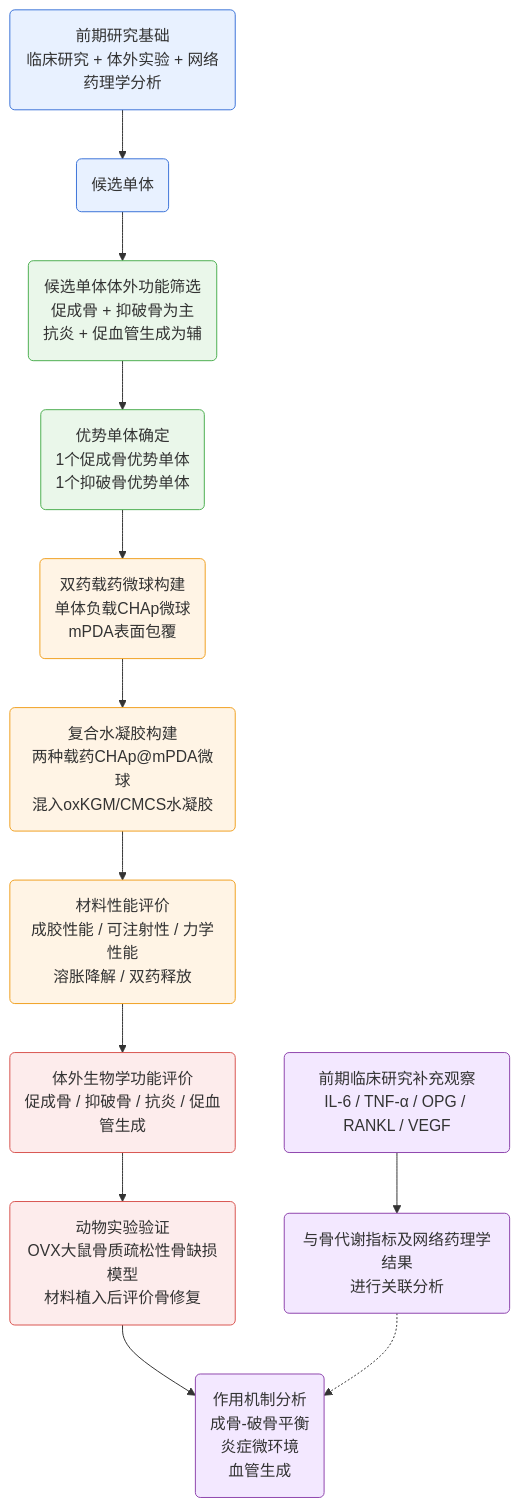
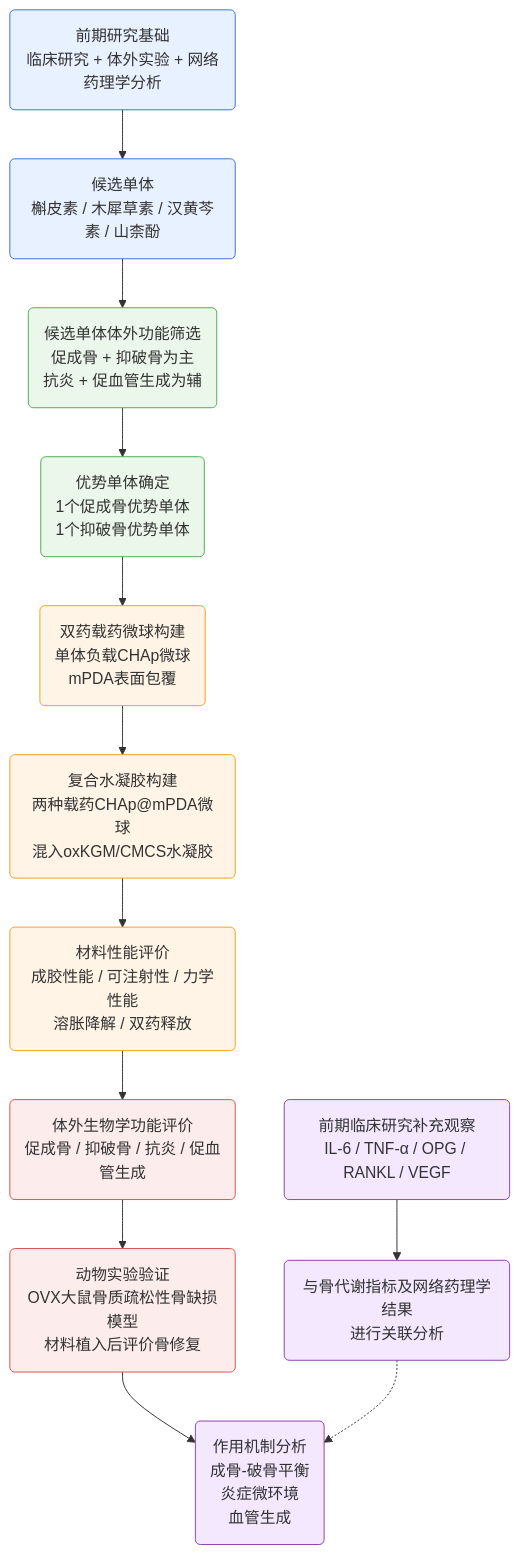
Before and after one commit to Yaotian99/iodraw-files: the diagram in all/未命名-1.md, drawn with Mermaid.

Commit message:
2026-06-28 09:01:08 update

````diff
--- a/all/未命名-1.md
+++ b/all/未命名-1.md
@@ -1,39 +1,39 @@
 ```mermaid
 graph TD
 
-    A("前期研究基础<br/>临床研究 + 体外实验 + 网络药理学分析") --> B("候选单体")
+    A("前期研究基础<br/>临床研究 + 体外实验 + 网络药理学分析") --> B("候选单体<br/>槲皮素 / 木犀草素 / 汉黄芩素 / 山柰酚")
 
     B --> C("候选单体体外功能筛选<br/>促成骨 + 抑破骨为主<br/>抗炎 + 促血管生成为辅")
 
     C --> D("优势单体确定<br/>1个促成骨优势单体<br/>1个抑破骨优势单体")
 
     D --> E("双药载药微球构建<br/>单体负载CHAp微球<br/>mPDA表面包覆")
 
     E --> F("复合水凝胶构建<br/>两种载药CHAp@mPDA微球<br/>混入oxKGM/CMCS水凝胶")
 
     F --> G("材料性能评价<br/>成胶性能 / 可注射性 / 力学性能<br/>溶胀降解 / 双药释放")
 
     G --> H("体外生物学功能评价<br/>促成骨 / 抑破骨 / 抗炎 / 促血管生成")
 
     H --> I("动物实验验证<br/>OVX大鼠骨质疏松性骨缺损模型<br/>材料植入后评价骨修复")
 
     I --> J("作用机制分析<br/>成骨-破骨平衡<br/>炎症微环境<br/>血管生成")
 
     K("前期临床研究补充观察<br/>IL-6 / TNF-α / OPG / RANKL / VEGF") --> L("与骨代谢指标及网络药理学结果<br/>进行关联分析")
 
     L -.-> J
 
     style A fill:#E8F1FF,stroke:#3B73D9,stroke-width:1px
     style B fill:#E8F1FF,stroke:#3B73D9,stroke-width:1px
     style C fill:#EAF7EA,stroke:#4CAF50,stroke-width:1px
     style D fill:#EAF7EA,stroke:#4CAF50,stroke-width:1px
     style E fill:#FFF4E5,stroke:#F0A020,stroke-width:1px
     style F fill:#FFF4E5,stroke:#F0A020,stroke-width:1px
     style G fill:#FFF4E5,stroke:#F0A020,stroke-width:1px
     style H fill:#FDECEC,stroke:#D9534F,stroke-width:1px
     style I fill:#FDECEC,stroke:#D9534F,stroke-width:1px
     style J fill:#F3E8FF,stroke:#8E44AD,stroke-width:1px
     style K fill:#F3E8FF,stroke:#8E44AD,stroke-width:1px
     style L fill:#F3E8FF,stroke:#8E44AD,stroke-width:1px
   
 ```
````
